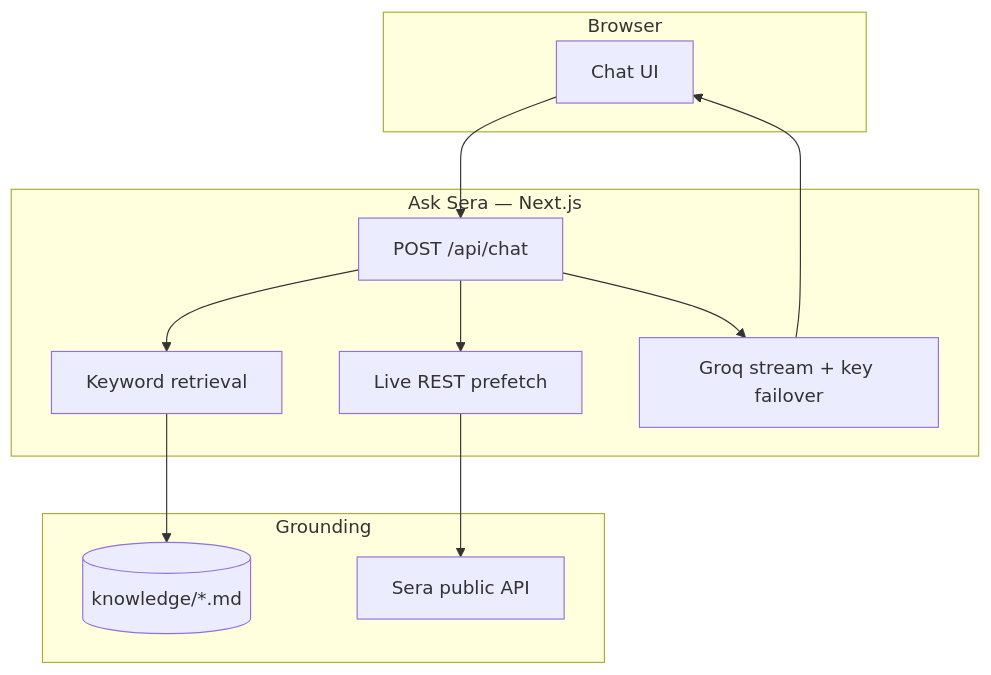
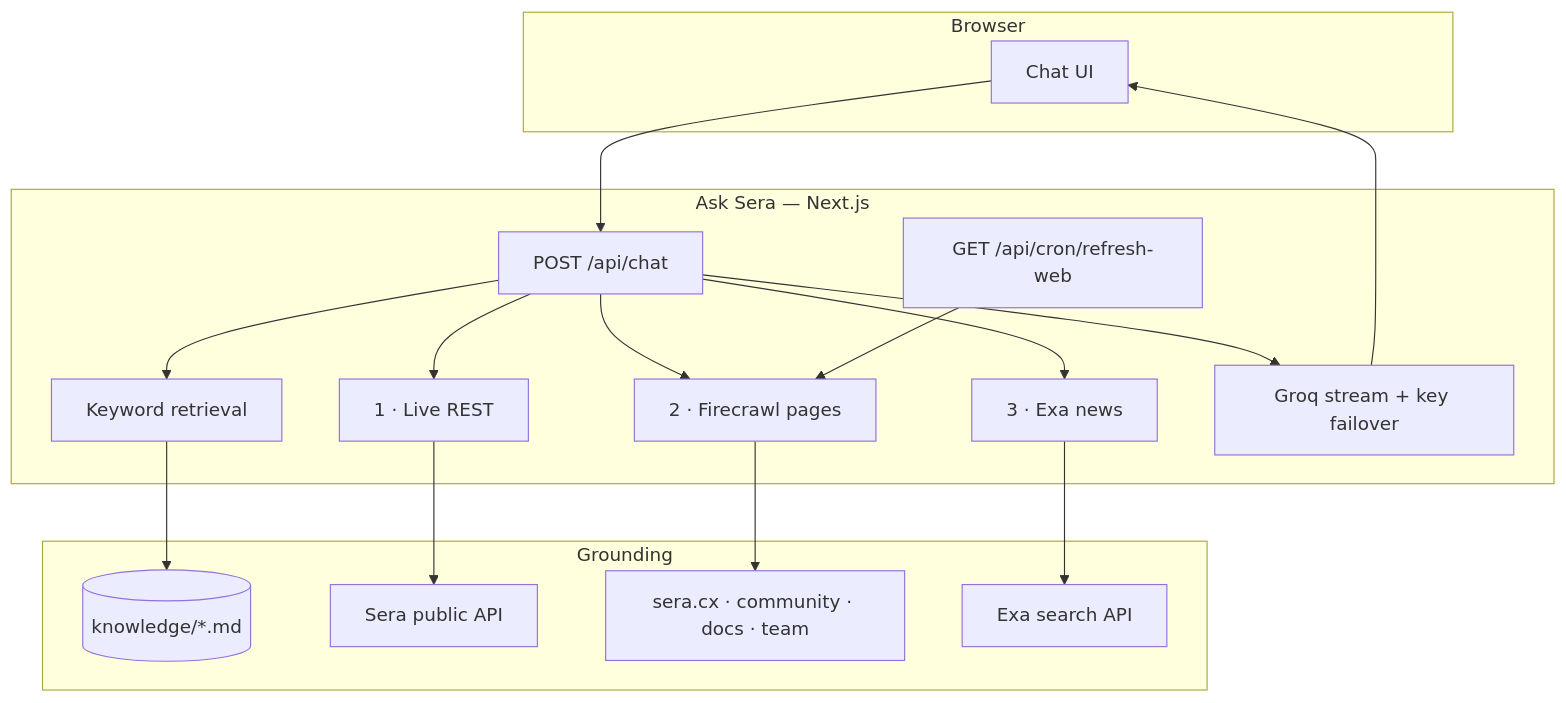
The diagram in README.md (Caerlower/ask-sera), drawn with Mermaid before and after one commit. The commit also changed other lines of this file and 1 other file, not shown here.

````diff
--- a/README.md
+++ b/README.md
@@ -40,26 +50,36 @@
 ```mermaid
 flowchart TB
   subgraph client [Browser]
     UI[Chat UI]
   end
 
   subgraph app [Ask Sera — Next.js]
     API["POST /api/chat"]
     RET[Keyword retrieval]
-    LIVE[Live REST prefetch]
+    LIVE[1 · Live REST]
+    WEB[2 · Firecrawl pages]
+    NEWS[3 · Exa news]
+    CRON["GET /api/cron/refresh-web"]
     LLM[Groq stream + key failover]
   end
 
   subgraph data [Grounding]
     KD[(knowledge/*.md)]
     SERA[Sera public API]
+    PAGES[sera.cx · community · docs · team]
+    EXA[Exa search API]
   end
 
   UI --> API
   API --> RET
   API --> LIVE
+  API --> WEB
+  API --> NEWS
+  CRON --> WEB
   RET --> KD
   LIVE --> SERA
+  WEB --> PAGES
+  NEWS --> EXA
   API --> LLM
   LLM --> UI
 ```
````
